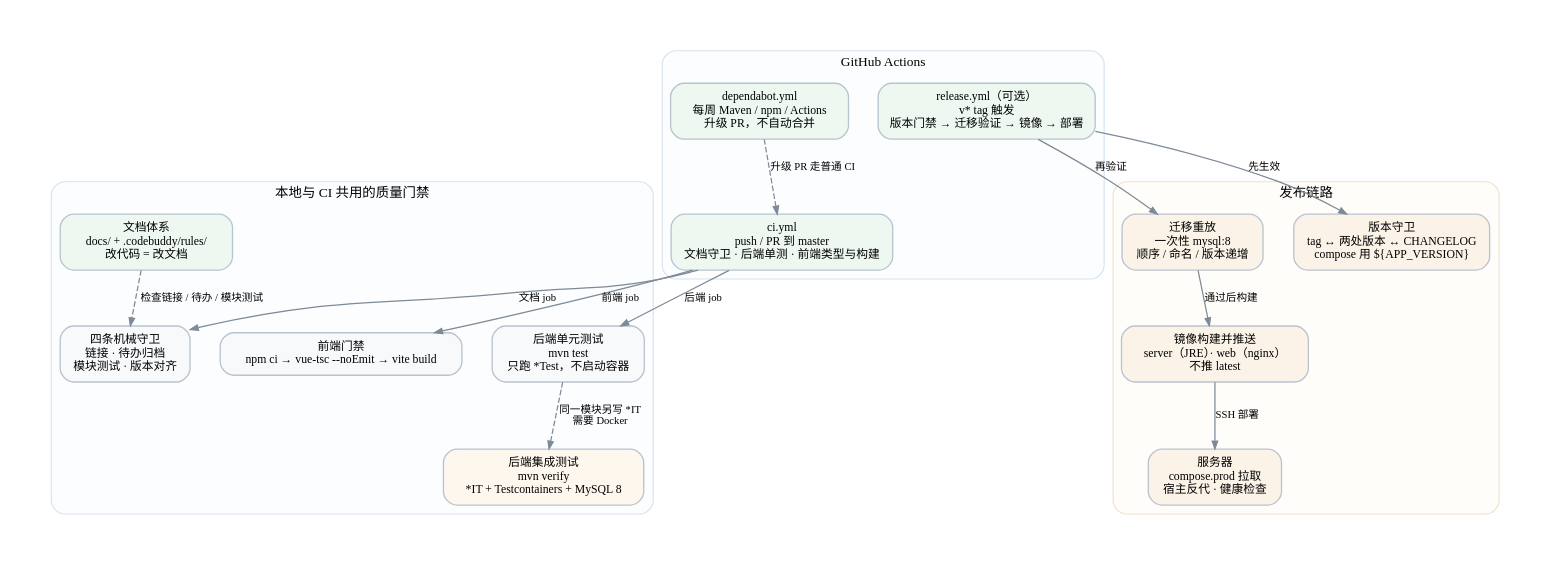
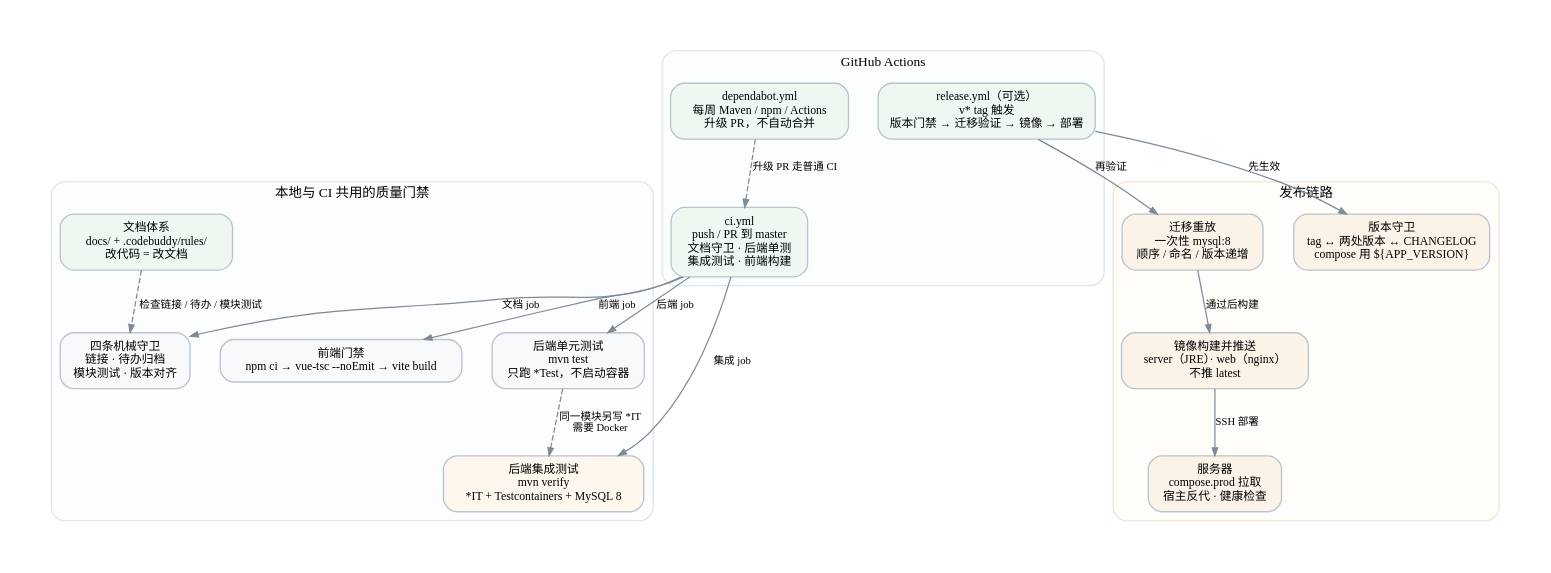
One commit to hhh666hhh666/project-scaffold changed the diagram in references/architecture-quality.dot. Above: the diagram before and after it, drawn with Graphviz. The commit also changed 13 other files, not shown here.

```diff
--- a/references/architecture-quality.dot
+++ b/references/architecture-quality.dot
@@ -1,84 +1,85 @@
 digraph quality {
   graph [
     rankdir=TB,
     fontname="Microsoft YaHei",
     fontsize=13,
     bgcolor="#ffffff",
     pad=0.42,
     nodesep=0.38,
     ranksep=0.55,
     splines=spline
   ];
   node [
     shape=box,
     style="rounded,filled",
     fontname="Microsoft YaHei",
     fontsize=10.5,
     color="#b9c4cf",
     fillcolor="#f7f9fb",
     penwidth=1.2,
     margin="0.15,0.10"
   ];
   edge [
     color="#7d8a97",
     fontname="Microsoft YaHei",
     fontsize=9.5,
     arrowsize=0.7,
     penwidth=1.1
   ];
 
   subgraph cluster_gates {
     label="本地与 CI 共用的质量门禁";
     fontsize=12;
     color="#d7e2ee";
     style="rounded,filled";
     fillcolor="#fbfdff";
 
     fe [label="前端门禁\nnpm ci → vue-tsc --noEmit → vite build"];
     be [label="后端单元测试\nmvn test\n只跑 *Test，不启动容器"];
     it [label="后端集成测试\nmvn verify\n*IT + Testcontainers + MySQL 8", fillcolor="#fdf7ee"];
     guards [label="四条机械守卫\n链接 · 待办归档\n模块测试 · 版本对齐"];
     docs [label="文档体系\ndocs/ + .codebuddy/rules/\n改代码 = 改文档", fillcolor="#eef8f1"];
     { rank=same; fe; be; guards; }
   }
 
   subgraph cluster_ci {
     label="GitHub Actions";
     fontsize=12;
     color="#d7e2ee";
     style="rounded,filled";
     fillcolor="#fbfdff";
 
-    ci [label="ci.yml\npush / PR 到 master\n文档守卫 · 后端单测 · 前端类型与构建", fillcolor="#eef8f1"];
+    ci [label="ci.yml\npush / PR 到 master\n文档守卫 · 后端单测\n集成测试 · 前端构建", fillcolor="#eef8f1"];
     release [label="release.yml（可选）\nv* tag 触发\n版本门禁 → 迁移验证 → 镜像 → 部署", fillcolor="#eef8f1"];
     dep [label="dependabot.yml\n每周 Maven / npm / Actions\n升级 PR，不自动合并", fillcolor="#eef8f1"];
   }
 
   subgraph cluster_deliver {
     label="发布链路";
     fontsize=12;
     color="#efe1cf";
     style="rounded,filled";
     fillcolor="#fffdf9";
 
     version [label="版本守卫\ntag ↔ 两处版本 ↔ CHANGELOG\ncompose 用 ${APP_VERSION}", fillcolor="#fbf3e8"];
     replay [label="迁移重放\n一次性 mysql:8\n顺序 / 命名 / 版本递增", fillcolor="#fbf3e8"];
     images [label="镜像构建并推送\nserver（JRE）· web（nginx）\n不推 latest", fillcolor="#fbf3e8"];
     server [label="服务器\ncompose.prod 拉取\n宿主反代 · 健康检查", fillcolor="#fbf3e8"];
     { rank=same; version; replay; }
   }
 
   docs -> guards [style=dashed, label="检查链接 / 待办 / 模块测试"];
   be -> it [style=dashed, label="同一模块另写 *IT\n需要 Docker"];
 
   ci -> fe [label="前端 job"];
   ci -> be [label="后端 job"];
+  ci -> it [label="集成 job"];
   ci -> guards [label="文档 job"];
 
   dep -> ci [style=dashed, label="升级 PR 走普通 CI"];
 
   release -> version [label="先生效"];
   release -> replay [label="再验证"];
   replay -> images [label="通过后构建"];
   images -> server [label="SSH 部署"];
 }
```
